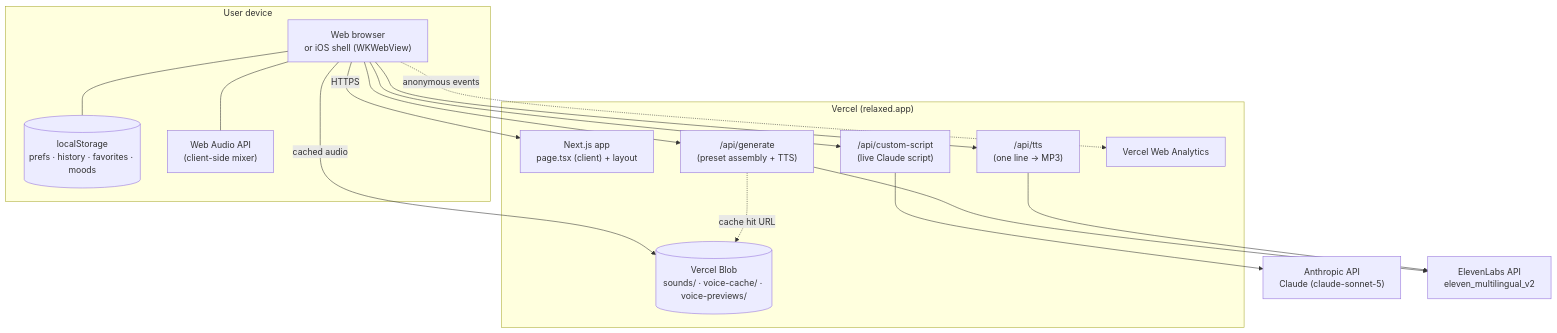
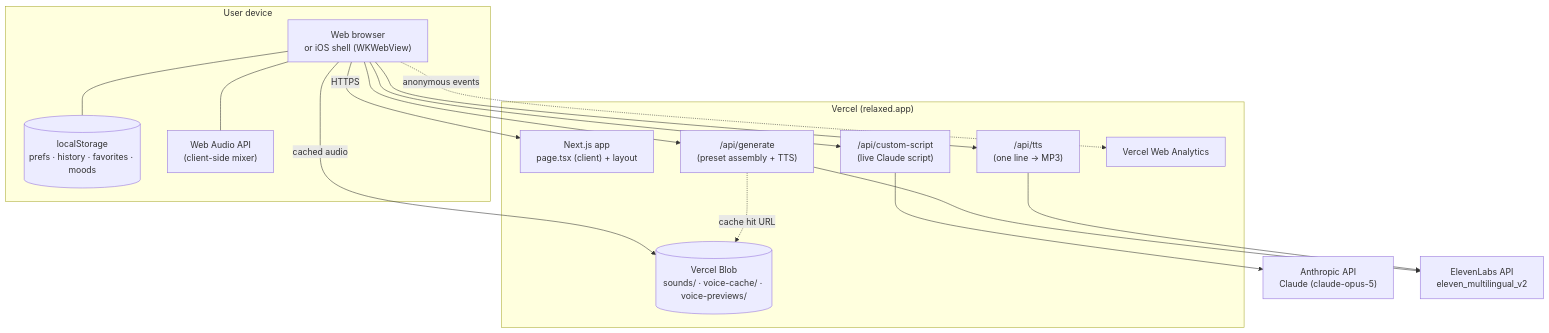
Before and after one commit to verifiedchriswilliams-lang/Relaxed.App: the first of 3 diagrams in docs/architecture.md, drawn with Mermaid. The commit also changed 8 other files, not shown here.

````diff
--- a/docs/architecture.md
+++ b/docs/architecture.md
@@ -21,33 +21,33 @@
 ```mermaid
 flowchart TB
     subgraph Device["User device"]
         Browser["Web browser<br/>or iOS shell (WKWebView)"]
         LS[("localStorage<br/>prefs · history · favorites · moods")]
         WA["Web Audio API<br/>(client-side mixer)"]
         Browser --- LS
         Browser --- WA
     end
 
     subgraph Vercel["Vercel (relaxed.app)"]
         App["Next.js app<br/>page.tsx (client) + layout"]
         GEN["/api/generate<br/>(preset assembly + TTS)"]
         CUS["/api/custom-script<br/>(live Claude script)"]
         TTS["/api/tts<br/>(one line → MP3)"]
         BLOB[("Vercel Blob<br/>sounds/ · voice-cache/ · voice-previews/")]
         ANALYTICS["Vercel Web Analytics"]
     end
 
-    Anthropic["Anthropic API<br/>Claude (claude-sonnet-5)"]
+    Anthropic["Anthropic API<br/>Claude (claude-opus-5)"]
     Eleven["ElevenLabs API<br/>eleven_multilingual_v2"]
 
     Browser -->|HTTPS| App
     Browser --> GEN
     Browser --> CUS
     Browser --> TTS
     Browser -->|cached audio| BLOB
     Browser -.->|anonymous events| ANALYTICS
     CUS --> Anthropic
     GEN --> Eleven
     TTS --> Eleven
     GEN -.->|cache hit URL| BLOB
 ```
````
